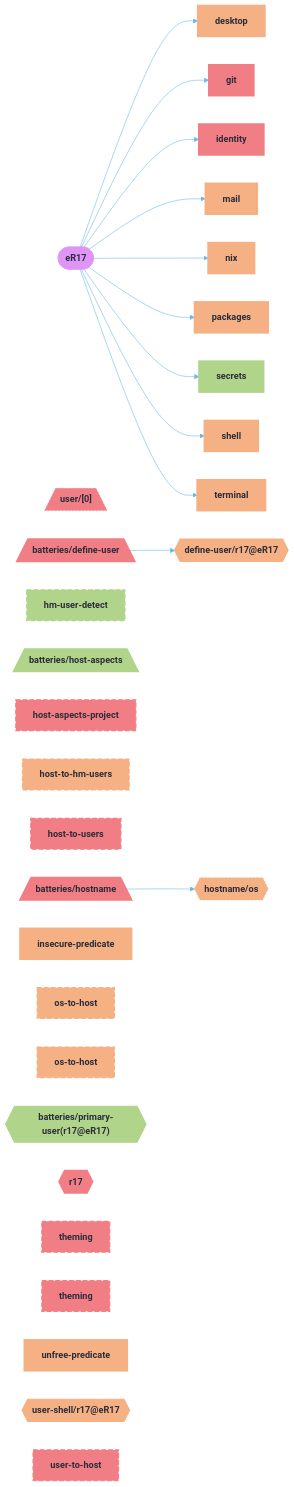
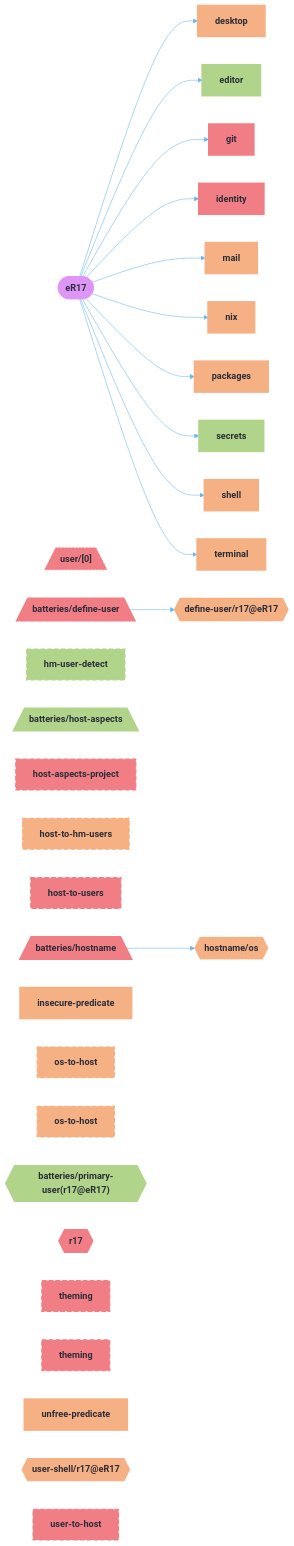
The second of 5 diagrams in README.md (r17x/universe), drawn with Mermaid before and after one commit. The commit also changed other lines of this file and 11 other files, not shown here.

````diff
--- a/README.md
+++ b/README.md
@@ -143,78 +146,81 @@
 ```mermaid
 %%{init: {"theme":"base","themeVariables":{"activationBkgColor":"#EC7279","activationBorderColor":"#EF9F76","actorBkg":"#EC7279","actorBorder":"#6CB6EB","actorLineColor":"#6CB6EB","actorTextColor":"#D38AEA","background":"#2B2D3A","classText":"#D38AEA","clusterBkg":"#EC7279","clusterBorder":"#EF9F76","edgeLabelBackground":"#2B2D3A","labelBoxBkgColor":"#EC7279","labelBoxBorderColor":"#6CB6EB","labelTextColor":"#D38AEA","lineColor":"#6CB6EB","loopTextColor":"#D38AEA","mainBkg":"#EC7279","nodeBkg":"#EC7279","nodeBorder":"#6CB6EB","nodeTextColor":"#D38AEA","noteBkgColor":"#EC7279","noteBorderColor":"#EF9F76","noteTextColor":"#D38AEA","pie1":"#3D3D40","pie2":"#F17E84","pie3":"#B1D48B","pie4":"#F5B083","pie5":"#7EC1F5","pie6":"#DE95F5","pie7":"#68C7CD","pie8":"#F0F4FA","pieLegendTextColor":"#D38AEA","pieOuterStrokeColor":"#EF9F76","pieSectionTextColor":"#D38AEA","pieStrokeColor":"#EF9F76","pieTitleTextColor":"#D38AEA","primaryBorderColor":"#6CB6EB","primaryColor":"#EC7279","primaryTextColor":"#D38AEA","secondBkg":"#EC7279","secondaryBorderColor":"#EF9F76","secondaryColor":"#EC7279","secondaryTextColor":"#D38AEA","sequenceNumberColor":"#2B2D3A","signalColor":"#6CB6EB","signalTextColor":"#D38AEA","tertiaryBorderColor":"#EF9F76","tertiaryColor":"#EC7279","tertiaryTextColor":"#D38AEA","textColor":"#D38AEA","titleColor":"#D38AEA"}}}%%
 graph LR
   eR17([eR17]):::root
   user___policy_hm_user_detect__0_[/"user/<policy:hm-user-detect>[0]"\]:::user___policy_hm_user_detect__0__c
   den__batteries__define_user[/"batteries/define-user"\]:::den__batteries__define_user_c
   define_user__r17_eR17{{"define-user/r17@eR17"}}:::define_user__r17_eR17_c
   desktop["desktop"]:::desktop_c
+  editor["editor"]:::editor_c
   git["git"]:::git_c
   hm_user_detect["hm-user-detect"]:::hm_user_detect_c
   den__batteries__host_aspects[/"batteries/host-aspects"\]:::den__batteries__host_aspects_c
   host_aspects_project["host-aspects-project"]:::host_aspects_project_c
   host_to_hm_users["host-to-hm-users"]:::host_to_hm_users_c
   host_to_users["host-to-users"]:::host_to_users_c
   den__batteries__hostname[/"batteries/hostname"\]:::den__batteries__hostname_c
   hostname__os{{"hostname/os"}}:::hostname__os_c
   identity["identity"]:::identity_c
   insecure_predicate["insecure-predicate"]:::insecure_predicate_c
   mail["mail"]:::mail_c
   nix["nix"]:::nix_c
   os_to_host_host_eR17["os-to-host"]:::os_to_host_host_eR17_c
   os_to_host_user_r17["os-to-host"]:::os_to_host_user_r17_c
   packages["packages"]:::packages_c
   den__batteries__primary_user_r17_eR17_{{"batteries/primary-user(r17@eR17)"}}:::den__batteries__primary_user_r17_eR17__c
   r17{{"r17"}}:::r17_c
   secrets["secrets"]:::secrets_c
   shell["shell"]:::shell_c
   terminal["terminal"]:::terminal_c
   theming_host_eR17["theming"]:::theming_host_eR17_c
   theming_user_r17["theming"]:::theming_user_r17_c
   unfree_predicate["unfree-predicate"]:::unfree_predicate_c
   user_shell__r17_eR17{{"user-shell/r17@eR17"}}:::user_shell__r17_eR17_c
   user_to_host["user-to-host"]:::user_to_host_c
 
   den__batteries__define_user --> define_user__r17_eR17
   den__batteries__hostname --> hostname__os
   eR17 --> desktop
+  eR17 --> editor
   eR17 --> git
   eR17 --> identity
   eR17 --> mail
   eR17 --> nix
   eR17 --> packages
   eR17 --> secrets
   eR17 --> shell
   eR17 --> terminal
 
   classDef root fill:#DE95F5,stroke:#DE95F5,color:#2B2D3A,font-weight:bold
   classDef user___policy_hm_user_detect__0__c fill:#F17E84,stroke:#F17E84,color:#2B2D3A,stroke-dasharray: 3 3,stroke-width:1px
   classDef den__batteries__define_user_c fill:#F17E84,stroke:#F17E84,color:#2B2D3A,stroke-width:3px
   classDef define_user__r17_eR17_c fill:#F5B083,stroke:#F5B083,color:#2B2D3A,stroke-width:2px
   classDef desktop_c fill:#F5B083,stroke:#F5B083,color:#2B2D3A,stroke-width:3px
   classDef eR17_c fill:#F17E84,stroke:#F17E84,color:#2B2D3A,stroke-width:3px
+  classDef editor_c fill:#B1D48B,stroke:#B1D48B,color:#2B2D3A,stroke-width:3px
   classDef git_c fill:#F17E84,stroke:#F17E84,color:#2B2D3A,stroke-width:3px
   classDef hm_user_detect_c fill:#B1D48B,stroke:#B1D48B,color:#2B2D3A,stroke-width:2px,stroke-dasharray: 8 4
   classDef den__batteries__host_aspects_c fill:#B1D48B,stroke:#B1D48B,color:#2B2D3A,stroke-width:3px
   classDef host_aspects_project_c fill:#F17E84,stroke:#F17E84,color:#2B2D3A,stroke-width:2px,stroke-dasharray: 8 4
   classDef host_to_hm_users_c fill:#F5B083,stroke:#F5B083,color:#2B2D3A,stroke-width:2px,stroke-dasharray: 8 4
   classDef host_to_users_c fill:#F17E84,stroke:#F17E84,color:#2B2D3A,stroke-width:2px,stroke-dasharray: 8 4
   classDef den__batteries__hostname_c fill:#F17E84,stroke:#F17E84,color:#2B2D3A,stroke-width:3px
   classDef hostname__os_c fill:#F5B083,stroke:#F5B083,color:#2B2D3A,stroke-dasharray: 3 3,stroke-width:1px
   classDef identity_c fill:#F17E84,stroke:#F17E84,color:#2B2D3A,stroke-width:3px
   classDef insecure_predicate_c fill:#F5B083,stroke:#F5B083,color:#2B2D3A,stroke-width:3px
   classDef mail_c fill:#F5B083,stroke:#F5B083,color:#2B2D3A,stroke-width:3px
   classDef nix_c fill:#F5B083,stroke:#F5B083,color:#2B2D3A,stroke-width:3px
   classDef os_to_host_host_eR17_c fill:#F5B083,stroke:#F5B083,color:#2B2D3A,stroke-width:2px,stroke-dasharray: 8 4
   classDef os_to_host_user_r17_c fill:#F5B083,stroke:#F5B083,color:#2B2D3A,stroke-width:2px,stroke-dasharray: 8 4
   classDef packages_c fill:#F5B083,stroke:#F5B083,color:#2B2D3A,stroke-width:3px
   classDef den__batteries__primary_user_r17_eR17__c fill:#B1D48B,stroke:#B1D48B,color:#2B2D3A,stroke-width:2px
   classDef r17_c fill:#F17E84,stroke:#F17E84,color:#2B2D3A,stroke-width:3px
   classDef secrets_c fill:#B1D48B,stroke:#B1D48B,color:#2B2D3A,stroke-width:3px
   classDef shell_c fill:#F5B083,stroke:#F5B083,color:#2B2D3A,stroke-width:3px
   classDef terminal_c fill:#F5B083,stroke:#F5B083,color:#2B2D3A,stroke-width:3px
   classDef theming_host_eR17_c fill:#F17E84,stroke:#F17E84,color:#2B2D3A,stroke-width:2px,stroke-dasharray: 8 4
   classDef theming_user_r17_c fill:#F17E84,stroke:#F17E84,color:#2B2D3A,stroke-width:2px,stroke-dasharray: 8 4
   classDef unfree_predicate_c fill:#F5B083,stroke:#F5B083,color:#2B2D3A,stroke-width:3px
   classDef user_shell__r17_eR17_c fill:#F5B083,stroke:#F5B083,color:#2B2D3A,stroke-width:2px
   classDef user_to_host_c fill:#F17E84,stroke:#F17E84,color:#2B2D3A,stroke-width:2px,stroke-dasharray: 8 4
 ```
````
